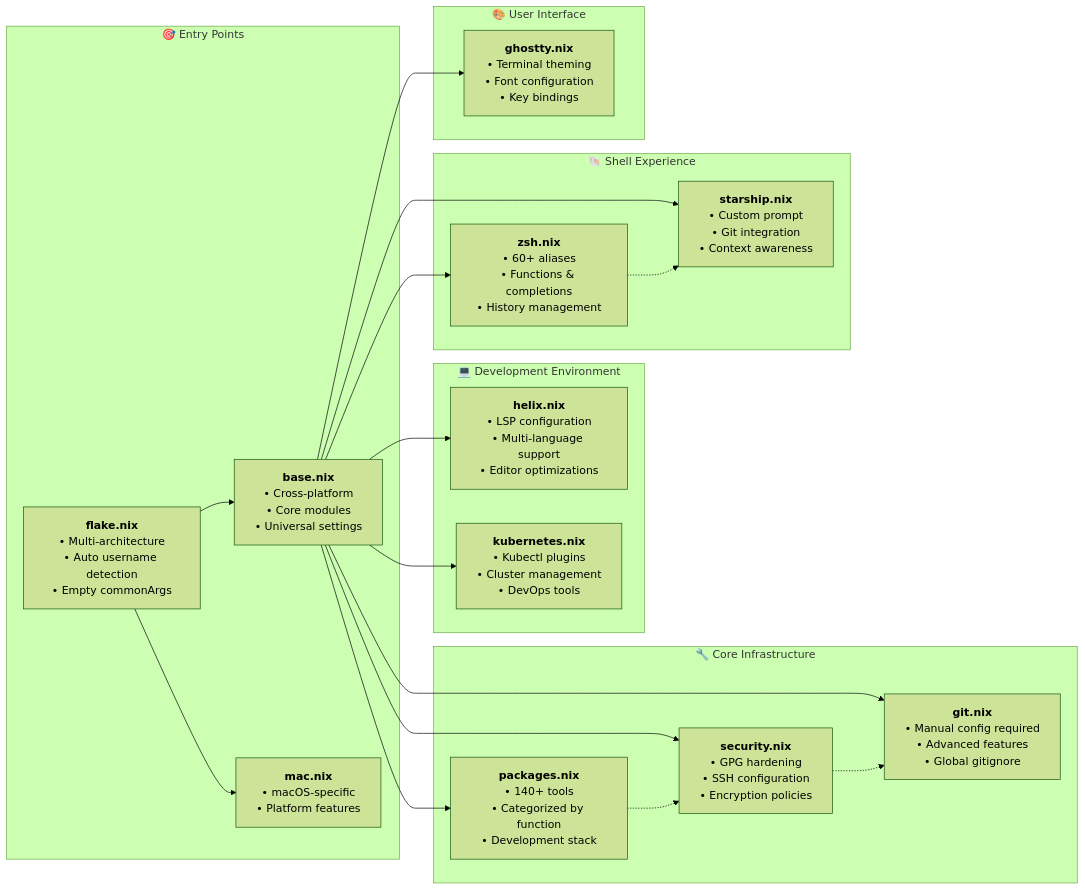
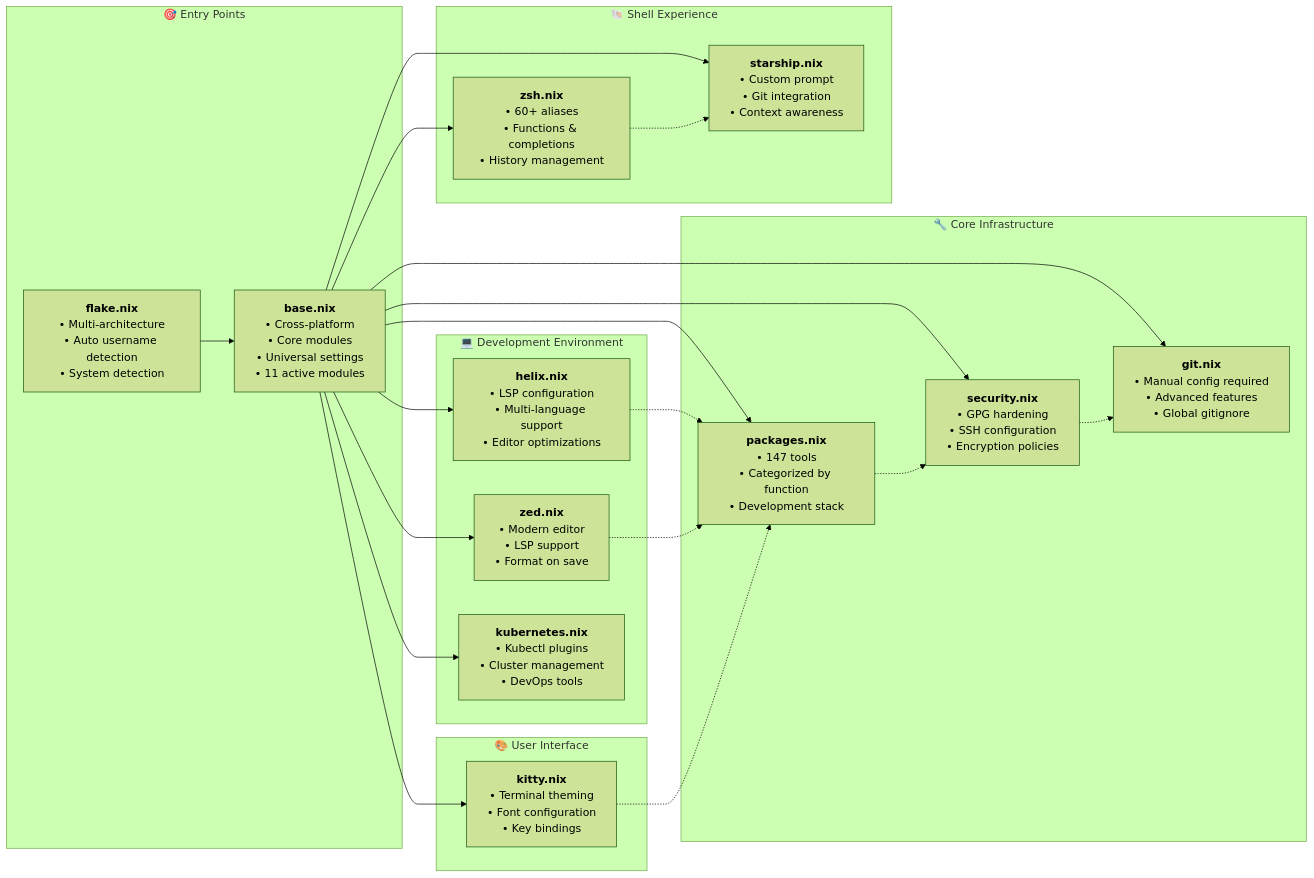
The third of 8 diagrams in docs/ARCHITECTURE.md (pampatzoglou/home-manager), drawn with Mermaid (forest theme) before and after one commit. The commit also changed other lines of this file and 1 other file, not shown here.

````diff
--- a/docs/ARCHITECTURE.md
+++ b/docs/ARCHITECTURE.md
@@ -128,75 +130,80 @@
 ```mermaid
 graph LR
     subgraph "🎯 Entry Points"
         flake["`**flake.nix**
         • Multi-architecture
         • Auto username detection
-        • Empty commonArgs`"]
+        • System detection`"]
         base["`**base.nix**
         • Cross-platform
         • Core modules
-        • Universal settings`"]
-        mac["`**mac.nix**
-        • macOS-specific
-        • Platform features`"]
+        • Universal settings
+        • 11 active modules`"]
     end
 
     subgraph "🔧 Core Infrastructure"
         packages["`**packages.nix**
-        • 140+ tools
+        • 147 tools
         • Categorized by function
         • Development stack`"]
         security["`**security.nix**
         • GPG hardening
         • SSH configuration
         • Encryption policies`"]
         git["`**git.nix**
         • Manual config required
         • Advanced features
         • Global gitignore`"]
     end
 
     subgraph "💻 Development Environment"
         helix["`**helix.nix**
         • LSP configuration
         • Multi-language support
         • Editor optimizations`"]
+        zed["`**zed.nix**
+        • Modern editor
+        • LSP support
+        • Format on save`"]
         k8s["`**kubernetes.nix**
         • Kubectl plugins
         • Cluster management
         • DevOps tools`"]
     end
 
     subgraph "🐚 Shell Experience"
         zsh["`**zsh.nix**
         • 60+ aliases
         • Functions & completions
         • History management`"]
         starship["`**starship.nix**
         • Custom prompt
         • Git integration
         • Context awareness`"]
     end
 
     subgraph "🎨 User Interface"
-        ghostty["`**ghostty.nix**
+        kitty["`**kitty.nix**
         • Terminal theming
         • Font configuration
         • Key bindings`"]
     end
 
     flake --> base
-    flake --> mac
     base --> packages
     base --> security
     base --> git
     base --> helix
+    base --> zed
     base --> k8s
     base --> zsh
     base --> starship
-    base --> ghostty
+    base --> kitty
 
     packages -.-> security
     security -.-> git
     zsh -.-> starship
+    helix -.-> packages
+    zed -.-> packages
+    kitty -.-> packages
 ```
````
